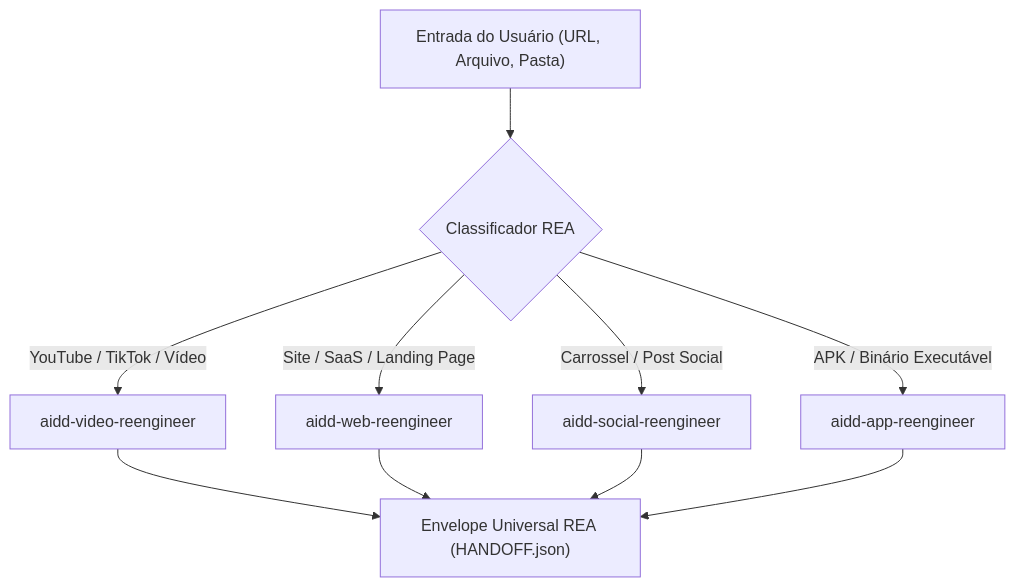
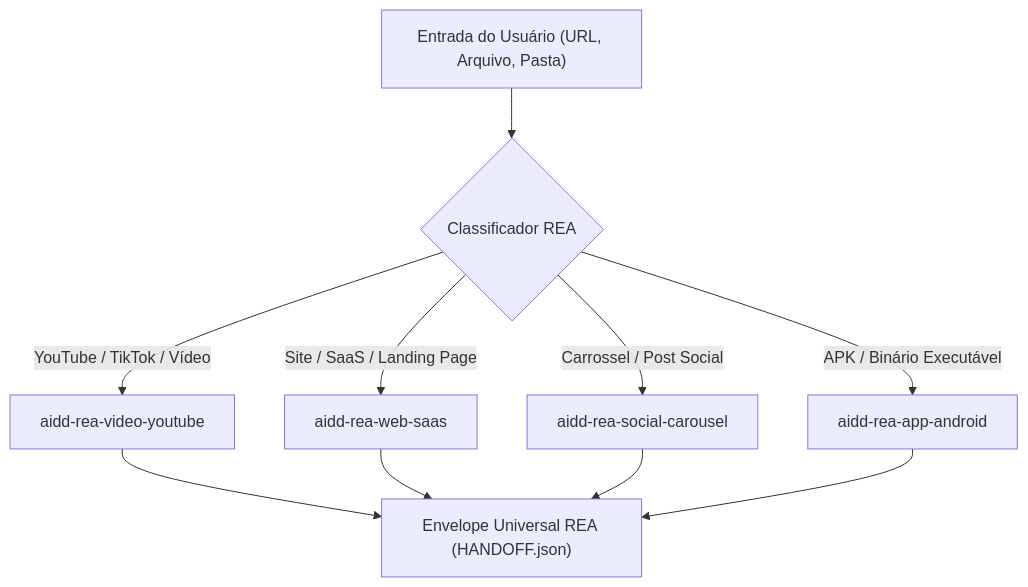
The diagram in aidd-skills/aidd-rea-router/SKILL.md (heverton-dev/aidd-ouroboros), drawn with Mermaid before and after one commit. The commit also changed 38 other files, not shown here.

````diff
--- a/aidd-skills/aidd-rea-router/SKILL.md
+++ b/aidd-skills/aidd-rea-router/SKILL.md
@@ -31,12 +31,12 @@
 ```mermaid
 flowchart TD
     IN["Entrada do Usuário (URL, Arquivo, Pasta)"] --> CLASSIFY{"Classificador REA"}
-    CLASSIFY -->|"YouTube / TikTok / Vídeo"| VID["aidd-video-reengineer"]
-    CLASSIFY -->|"Site / SaaS / Landing Page"| WEB["aidd-web-reengineer"]
-    CLASSIFY -->|"Carrossel / Post Social"| SOC["aidd-social-reengineer"]
-    CLASSIFY -->|"APK / Binário Executável"| APP["aidd-app-reengineer"]
+    CLASSIFY -->|"YouTube / TikTok / Vídeo"| VID["aidd-rea-video-youtube"]
+    CLASSIFY -->|"Site / SaaS / Landing Page"| WEB["aidd-rea-web-saas"]
+    CLASSIFY -->|"Carrossel / Post Social"| SOC["aidd-rea-social-carousel"]
+    CLASSIFY -->|"APK / Binário Executável"| APP["aidd-rea-app-android"]
     VID --> OUT["Envelope Universal REA (HANDOFF.json)"]
     WEB --> OUT
     SOC --> OUT
     APP --> OUT
 ```
````
